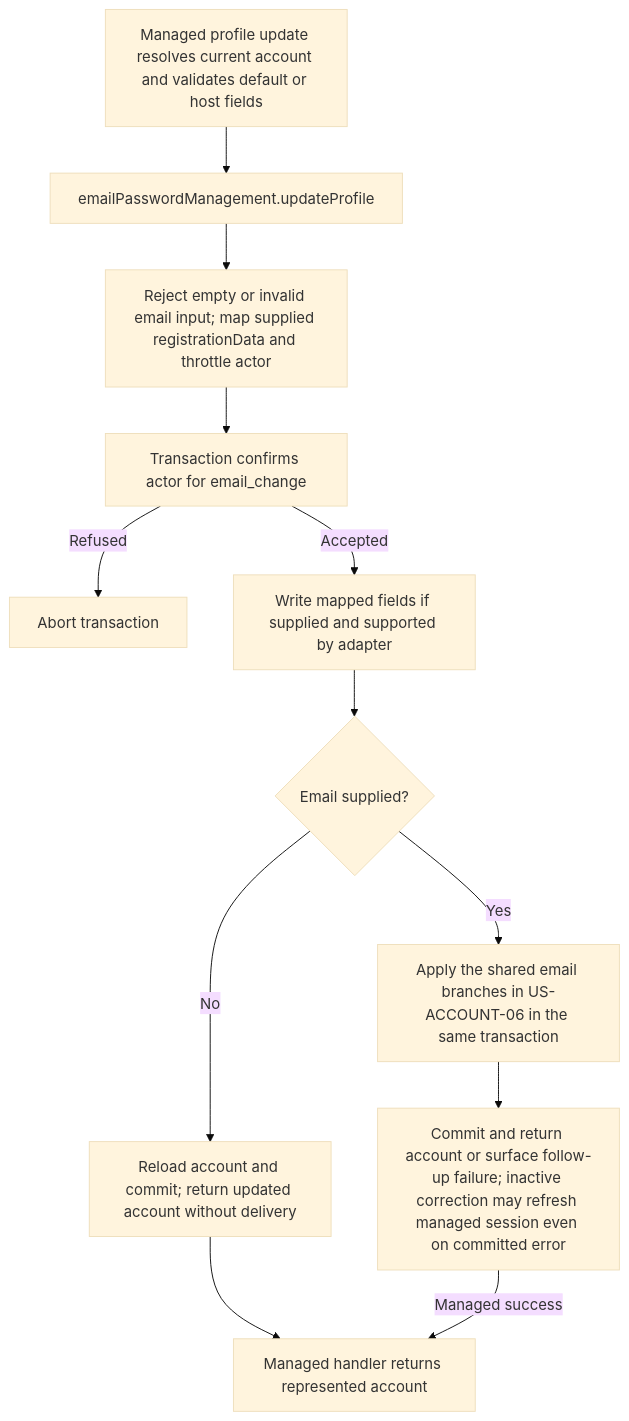
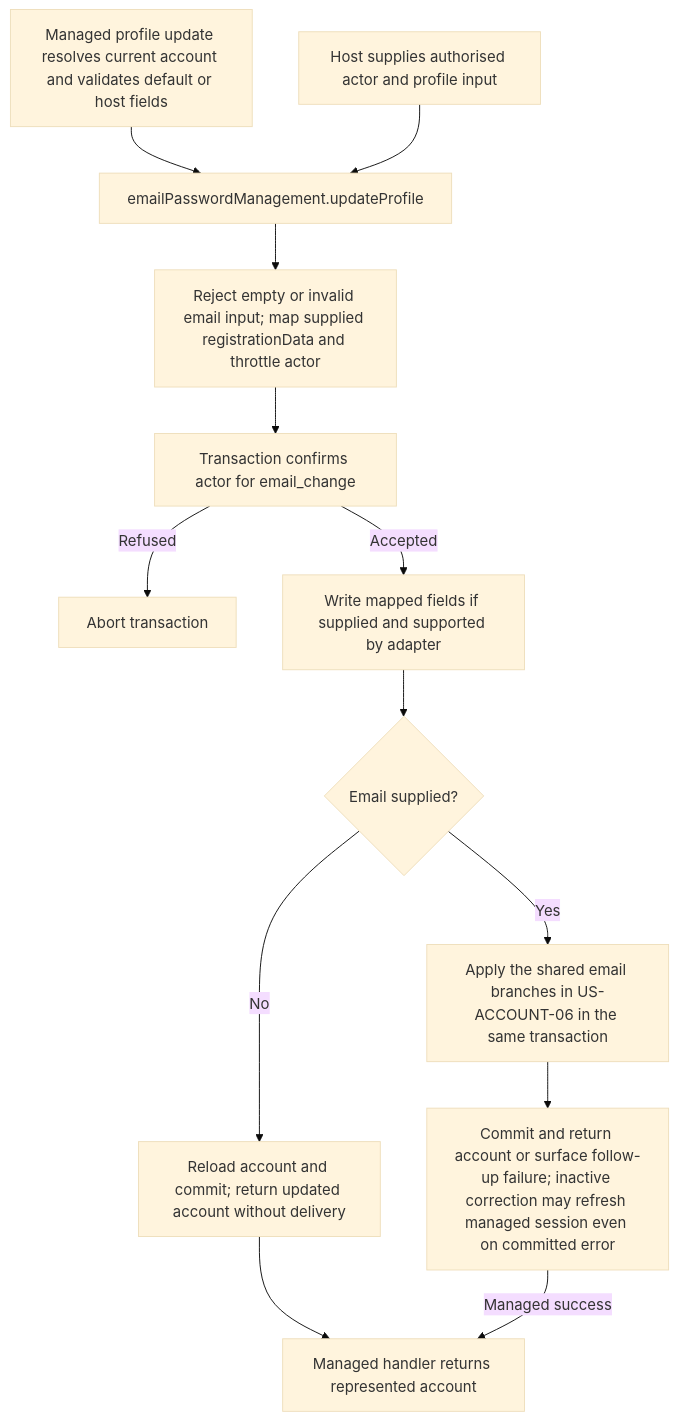
One commit to Kevinjohn/oss-adonisjs-account-kit changed the second of 2 diagrams in user-stories/US-ACCOUNT-07-update-profile.md. Above: the diagram before and after it, drawn with Mermaid (base theme). The commit also changed other lines of this file and 42 other files, not shown here.

````diff
--- a/user-stories/US-ACCOUNT-07-update-profile.md
+++ b/user-stories/US-ACCOUNT-07-update-profile.md
@@ -31,14 +31,15 @@
 ```mermaid
 flowchart TD
   M["Managed profile update resolves current account and validates default or host fields"] --> A["emailPasswordManagement.updateProfile"]
+  H0["Host supplies authorised actor and profile input"] --> A
   A --> B["Reject empty or invalid email input; map supplied registrationData and throttle actor"]
   B --> C["Transaction confirms actor for email_change"]
   C -->|Refused| E["Abort transaction"]
   C -->|Accepted| D["Write mapped fields if supplied and supported by adapter"]
   D --> G{"Email supplied?"}
   G -->|No| H["Reload account and commit; return updated account without delivery"]
   G -->|Yes| I["Apply the shared email branches in US-ACCOUNT-06 in the same transaction"]
   I --> J["Commit and return account or surface follow-up failure; inactive correction may refresh managed session even on committed error"]
   H --> R["Managed handler returns represented account"]
   J -->|Managed success| R
 ```
````
